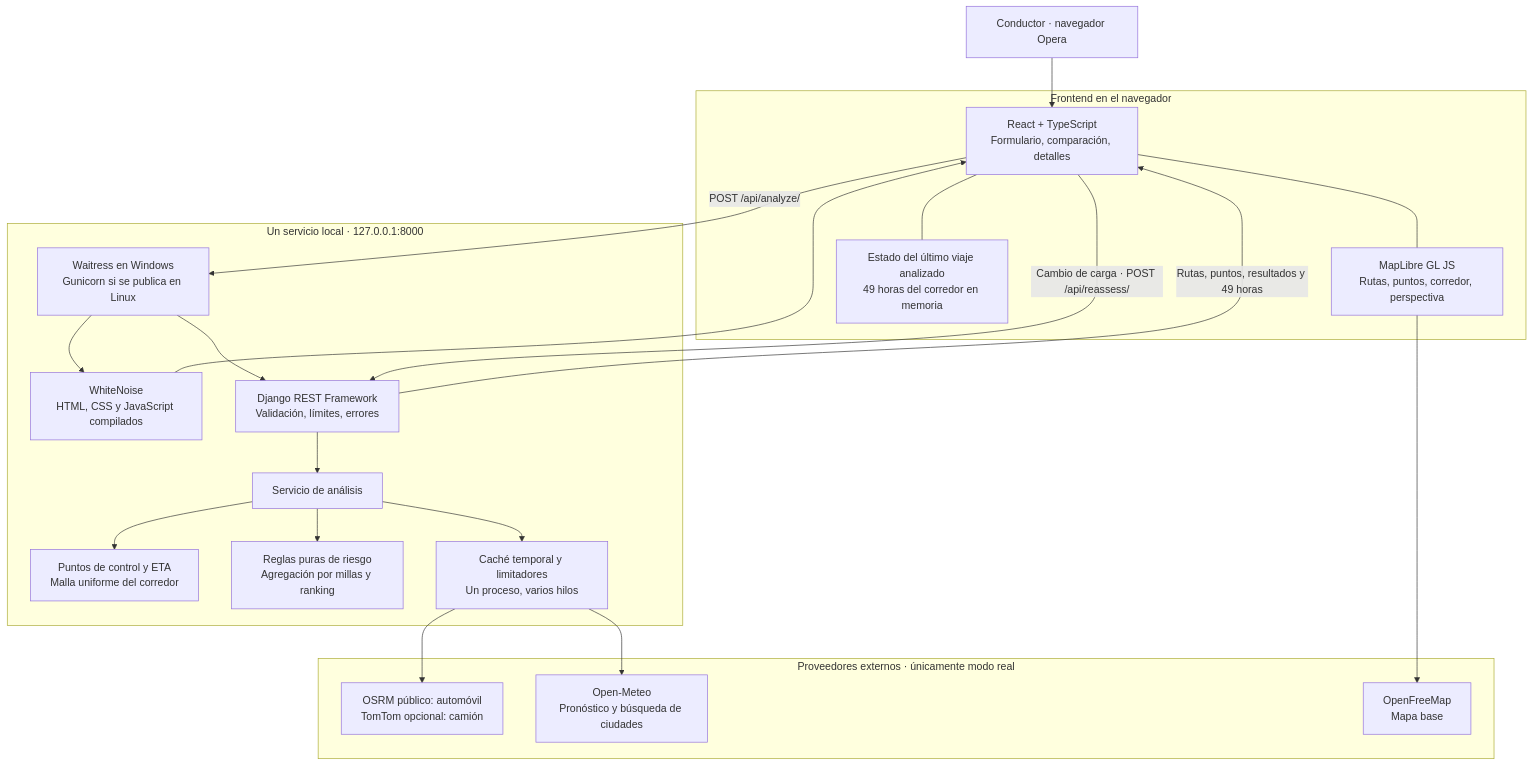
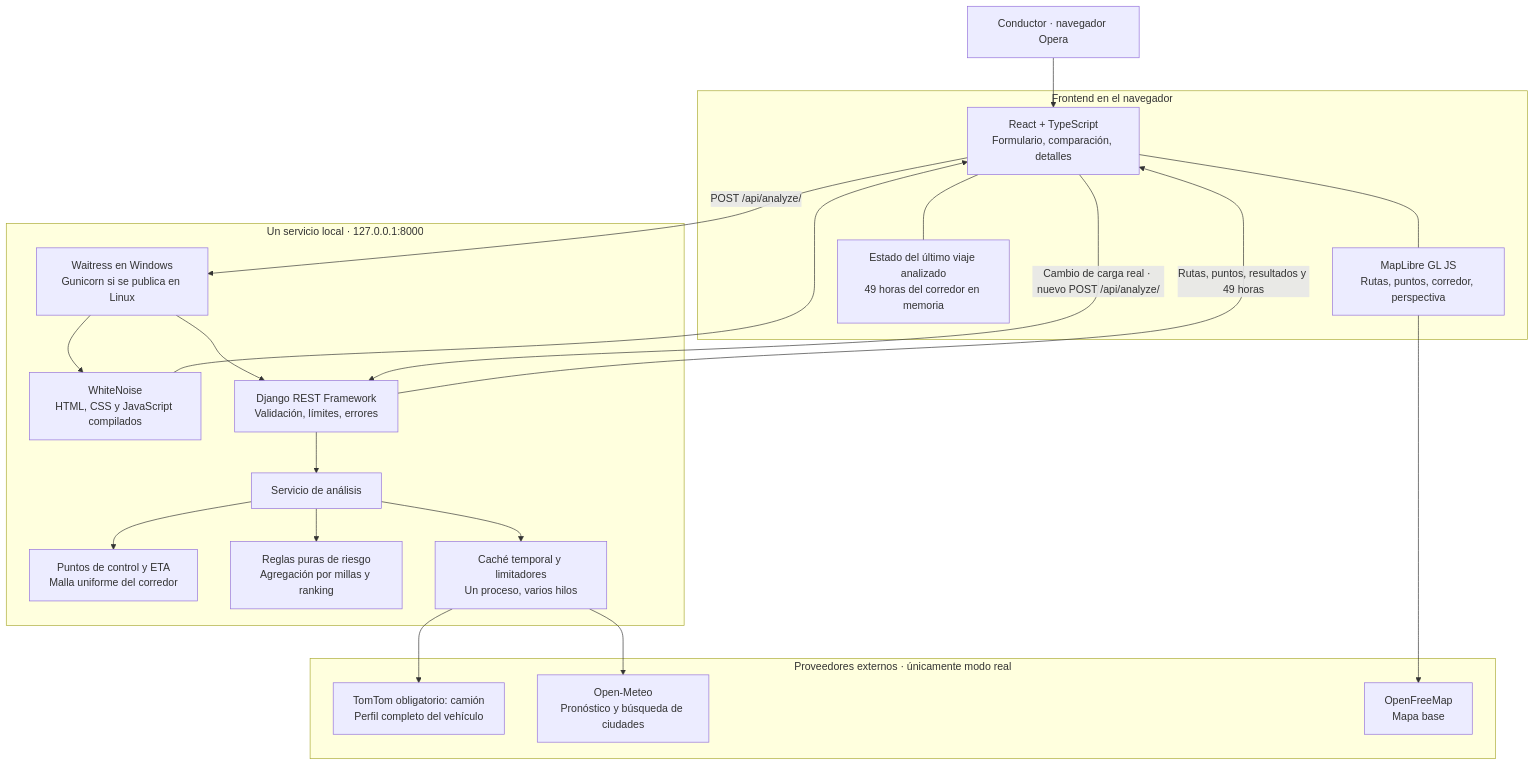
One commit to Mao20Dev/wayfinder changed the diagram in docs/ARCHITECTURE.md. Above: the diagram before and after it, drawn with Mermaid. The commit also changed other lines of this file and 25 other files, not shown here.

````diff
--- a/docs/ARCHITECTURE.md
+++ b/docs/ARCHITECTURE.md
@@ -5,38 +5,38 @@
 ```mermaid
 flowchart TB
     DRIVER["Conductor · navegador Opera"]
     subgraph BROWSER["Frontend en el navegador"]
         REACT["React + TypeScript<br/>Formulario, comparación, detalles"]
         MAP["MapLibre GL JS<br/>Rutas, puntos, corredor, perspectiva"]
         STATE["Estado del último viaje analizado<br/>49 horas del corredor en memoria"]
         REACT --- MAP
         REACT --- STATE
     end
     subgraph LOCAL["Un servicio local · 127.0.0.1:8000"]
         WSGI["Waitress en Windows<br/>Gunicorn si se publica en Linux"]
         STATIC["WhiteNoise<br/>HTML, CSS y JavaScript compilados"]
         API["Django REST Framework<br/>Validación, límites, errores"]
         ORCHESTRATOR["Servicio de análisis"]
         GEO["Puntos de control y ETA<br/>Malla uniforme del corredor"]
         RISK["Reglas puras de riesgo<br/>Agregación por millas y ranking"]
         CACHE["Caché temporal y limitadores<br/>Un proceso, varios hilos"]
         WSGI --> STATIC
         WSGI --> API --> ORCHESTRATOR
         ORCHESTRATOR --> GEO
         ORCHESTRATOR --> RISK
         ORCHESTRATOR --> CACHE
     end
     subgraph SOURCES["Proveedores externos · únicamente modo real"]
-        ROUTES["OSRM público: automóvil<br/>TomTom opcional: camión"]
+        ROUTES["TomTom obligatorio: camión<br/>Perfil completo del vehículo"]
         WEATHER["Open-Meteo<br/>Pronóstico y búsqueda de ciudades"]
         TILES["OpenFreeMap<br/>Mapa base"]
     end
     DRIVER --> REACT
     REACT -->|"POST /api/analyze/"| WSGI
     STATIC --> REACT
     CACHE --> ROUTES
     CACHE --> WEATHER
-    REACT -->|"Cambio de carga · POST /api/reassess/"| API
+    REACT -->|"Cambio de carga real · nuevo POST /api/analyze/"| API
     MAP --> TILES
     API -->|"Rutas, puntos, resultados y 49 horas"| REACT
 ```
````
